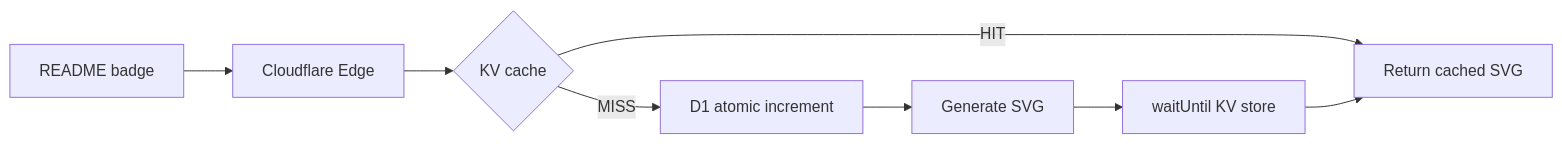
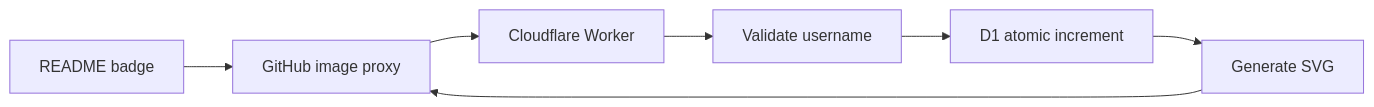
One commit to tashfiqul-islam/profile-view-counter changed the diagram in README.md. Above: the diagram before and after it, drawn with Mermaid. The commit also changed other lines of this file and 11 other files, not shown here.

````diff
--- a/README.md
+++ b/README.md
@@ -58,10 +58,9 @@
 ```mermaid
 flowchart LR
-    A[README badge] --> B[Cloudflare Edge]
-    B --> C{KV cache}
-    C -->|HIT| D[Return cached SVG]
-    C -->|MISS| E[D1 atomic increment]
+    A[README badge] --> B[GitHub image proxy]
+    B --> C[Cloudflare Worker]
+    C --> D[Validate username]
+    D --> E[D1 atomic increment]
     E --> F[Generate SVG]
-    F --> G[waitUntil KV store]
-    G --> D
+    F --> B
 ```
````
